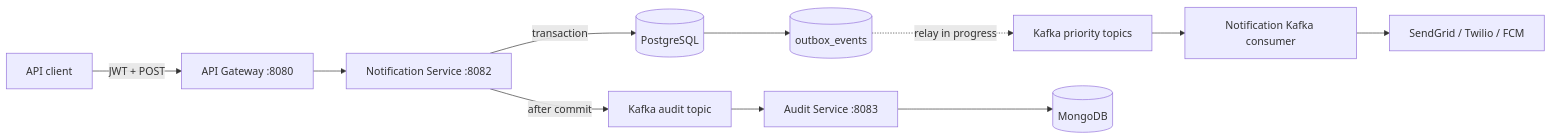
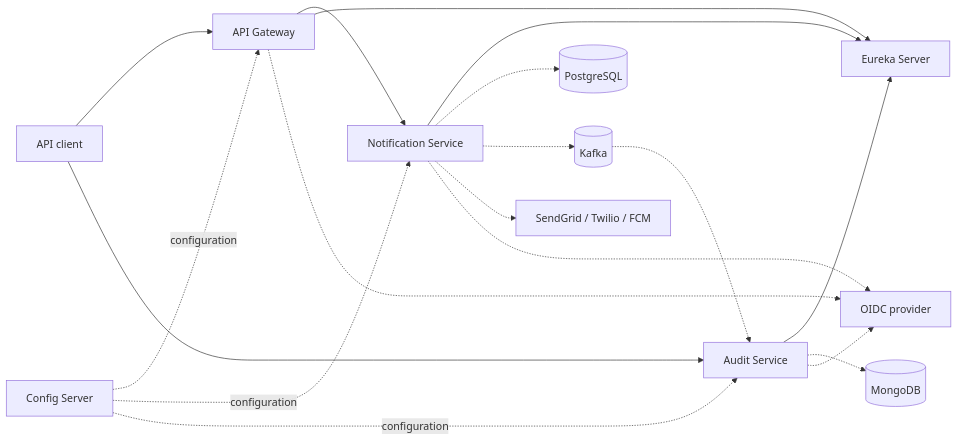
The first of 4 diagrams in README.md (Exar-lab/AegisNotify), drawn with Mermaid before and after one commit. The commit also changed other lines of this file, not shown here.

Commit message:
docs(readme): add visual architecture diagrams (#66)

````diff
--- a/README.md
+++ b/README.md
@@ -87,13 +113,22 @@
 ```mermaid
 flowchart LR
-    Client[API client] -->|JWT + POST| Gateway[API Gateway :8080]
-    Gateway --> Notification[Notification Service :8082]
-    Notification -->|transaction| Postgres[(PostgreSQL)]
-    Postgres --> Outbox[(outbox_events)]
-    Outbox -. "relay in progress" .-> PriorityTopics[Kafka priority topics]
-    PriorityTopics --> Consumer[Notification Kafka consumer]
-    Consumer --> Providers[SendGrid / Twilio / FCM]
-    Notification -->|after commit| AuditTopic[Kafka audit topic]
-    AuditTopic --> Audit[Audit Service :8083]
-    Audit --> Mongo[(MongoDB)]
+    Client[API client] --> Gateway[API Gateway]
+    Gateway --> Notification[Notification Service]
+    Client --> Audit[Audit Service]
+
+    Gateway --> Eureka[Eureka Server]
+    Notification --> Eureka
+    Audit --> Eureka
+    Config[Config Server] -. configuration .-> Gateway
+    Config -. configuration .-> Notification
+    Config -. configuration .-> Audit
+
+    Notification -.-> Postgres[(PostgreSQL)]
+    Notification -.-> Kafka[(Kafka)]
+    Kafka -.-> Audit
+    Audit -.-> Mongo[(MongoDB)]
+    Notification -.-> Providers[SendGrid / Twilio / FCM]
+    Gateway -.-> IdP[OIDC provider]
+    Notification -.-> IdP
+    Audit -.-> IdP
 ```
````
